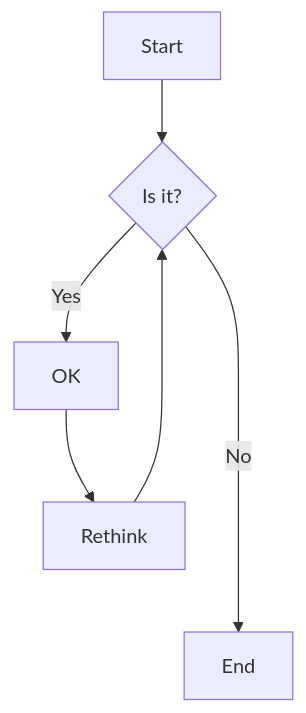
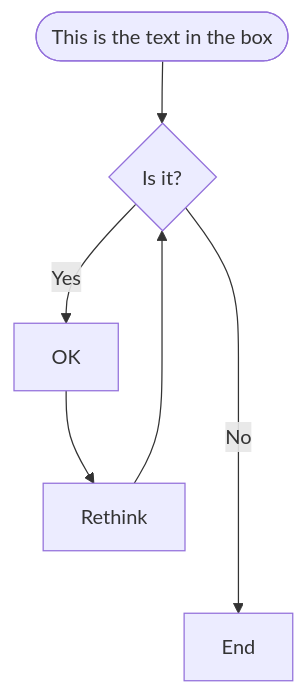
One commit to yingjianzh/iodraw-files changed the diagram in all/未命名-5.md. Above: the diagram before and after it, drawn with Mermaid.

Commit message:
2024-08-08 17:57:32 update

````diff
--- a/all/未命名-5.md
+++ b/all/未命名-5.md
@@ -1,8 +1,8 @@
 ```mermaid
 flowchart TD
-    id1[Start] --> B{Is it?}
+     id1([This is the text in the box]) --> B{Is it?}
     B -- Yes --> C[OK]
     C --> D[Rethink]
     D --> B
     B -- No ----> E[End]
 ```
````
